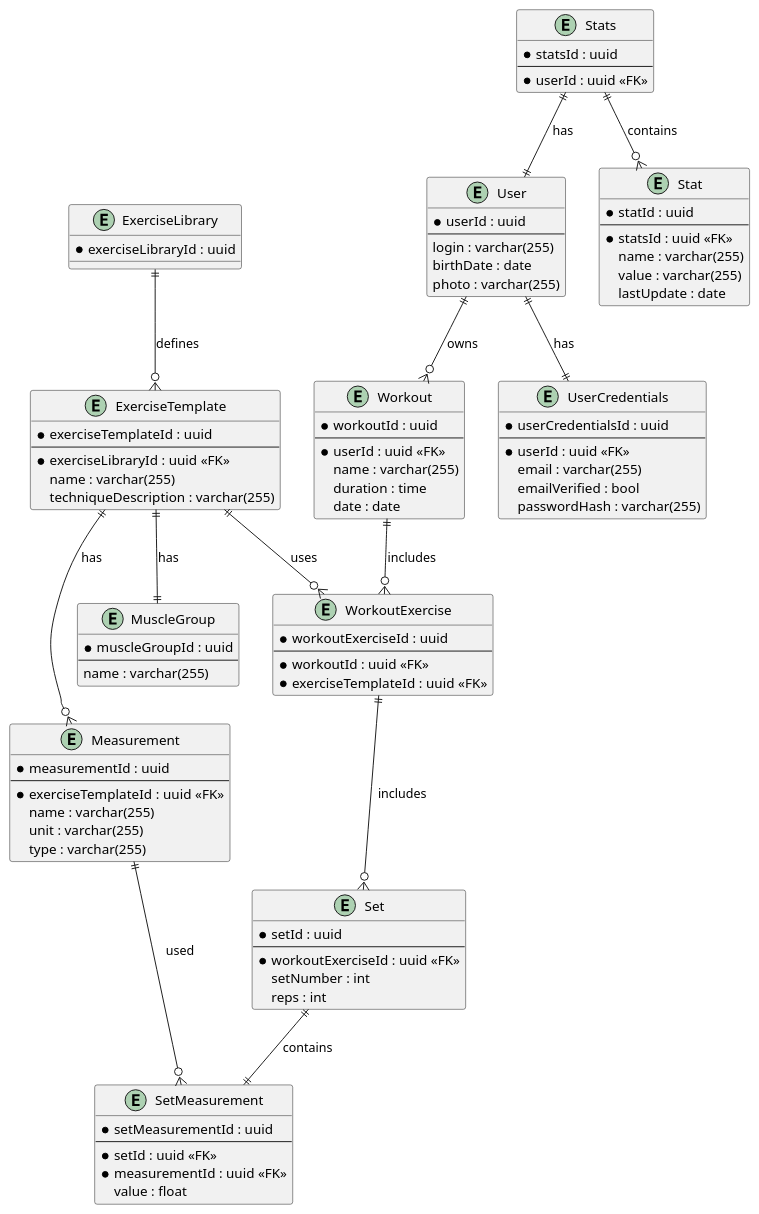
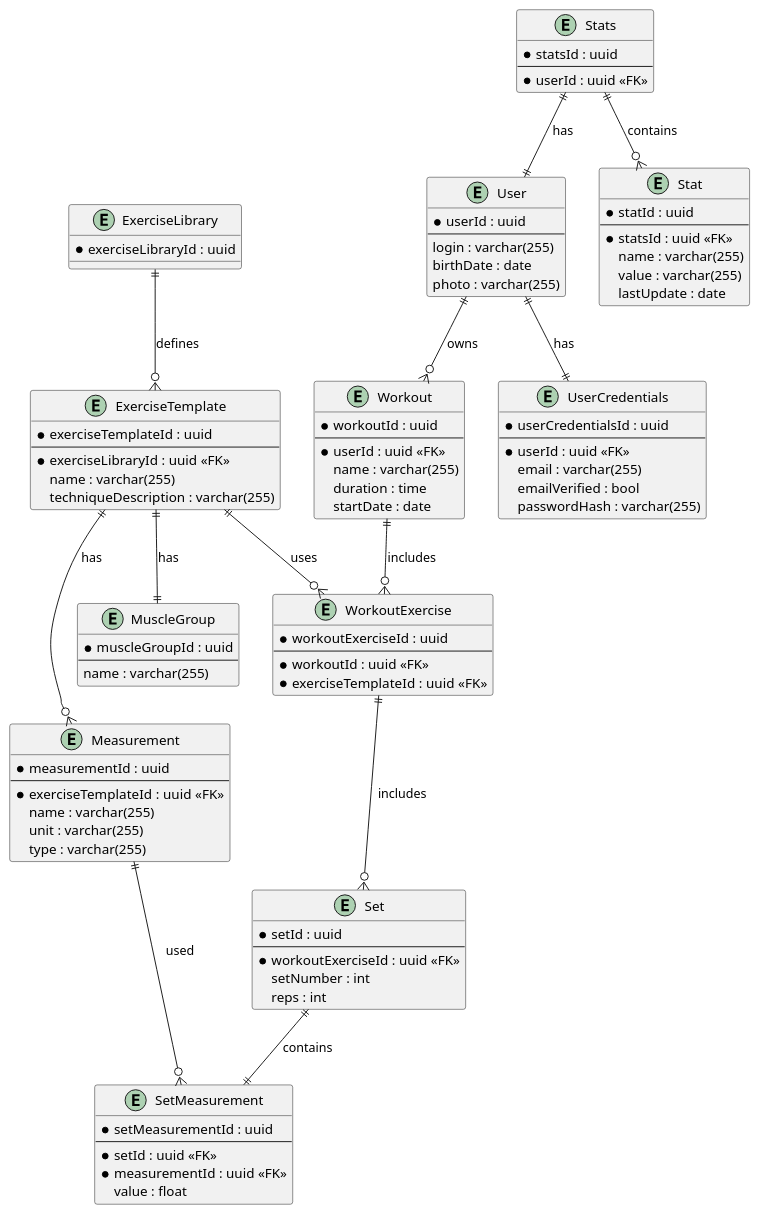
The diagram in uml.puml (kv1sidisi/ShapeUp2), drawn with PlantUML before and after one commit.

Commit message:
refactor: workout date refactor

```diff
--- a/uml.puml
+++ b/uml.puml
@@ -1,118 +1,118 @@
 @startuml
 
 entity User {
 * userId : uuid
 --
 login : varchar(255)
 birthDate : date
 photo : varchar(255)
 }
 
 entity UserCredentials {
 * userCredentialsId : uuid
 --
 * userId : uuid <<FK>>
 email : varchar(255)
 emailVerified : bool
 passwordHash : varchar(255)
 }
 
 entity Stats {
 * statsId : uuid
 --
 * userId : uuid <<FK>>
 }
 
 entity Stat {
 * statId : uuid
 --
 * statsId : uuid <<FK>>
 name : varchar(255)
 value : varchar(255)
 lastUpdate : date
 }
 
 
 
 
 entity Workout {
 * workoutId : uuid
 --
 * userId : uuid <<FK>>
 name : varchar(255)
 duration : time
-date : date
+startDate : date
 }
 
 
 entity ExerciseLibrary {
 * exerciseLibraryId : uuid
 }
 
 entity ExerciseTemplate {
 * exerciseTemplateId : uuid
 --
 * exerciseLibraryId : uuid <<FK>>
 name : varchar(255)
 techniqueDescription : varchar(255)
 }
 
 entity WorkoutExercise {
 * workoutExerciseId : uuid
 --
 * workoutId : uuid <<FK>>
 * exerciseTemplateId : uuid <<FK>>
 }
 
 entity Set {
 * setId : uuid
 --
 * workoutExerciseId : uuid <<FK>>
 setNumber : int
 reps : int
 }
 
 entity SetMeasurement {
 * setMeasurementId : uuid
 --
 * setId : uuid <<FK>>
 * measurementId : uuid <<FK>>
 value : float
 }
 
 entity Measurement {
 * measurementId : uuid
 --
 * exerciseTemplateId : uuid <<FK>>
 name : varchar(255)
 unit : varchar(255)
 type : varchar(255)
 }
 
 entity MuscleGroup {
 * muscleGroupId : uuid
 --
 name : varchar(255)
 }
 
 
 User ||--|| UserCredentials : has
 User ||--o{ Workout : owns
 
 Stats ||--|| User : has
 Stats ||--o{ Stat : contains
 
 Workout ||--o{ WorkoutExercise : includes
 WorkoutExercise ||--o{ Set : includes
 
 ExerciseLibrary ||--o{ ExerciseTemplate : defines
 ExerciseTemplate ||--o{ WorkoutExercise : uses
 ExerciseTemplate ||--o{ Measurement : has
 ExerciseTemplate ||--|| MuscleGroup : has
 
 Set ||--|| SetMeasurement : contains
 Measurement ||--o{ SetMeasurement : used
 
 
 
 @enduml
```
